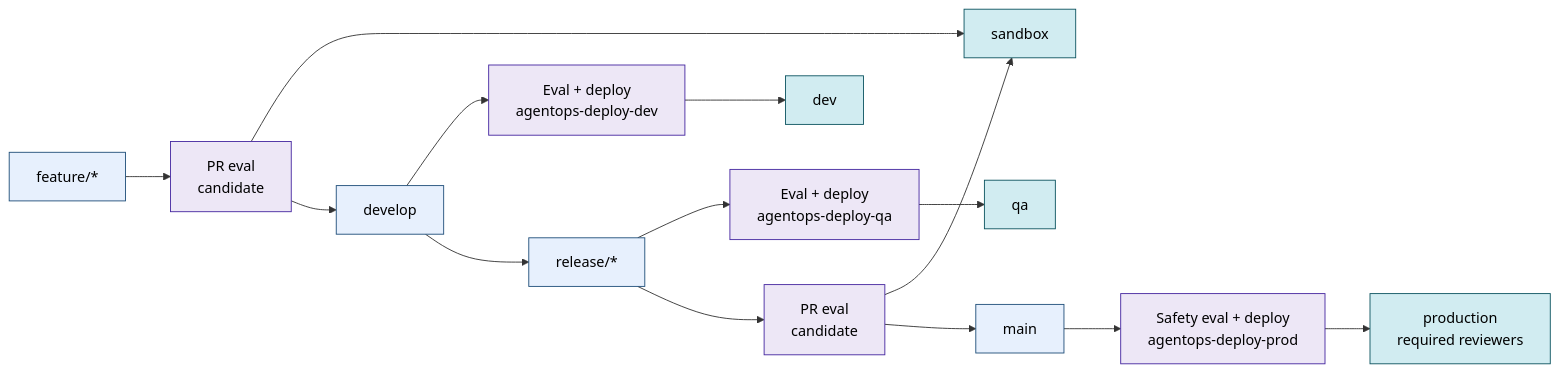
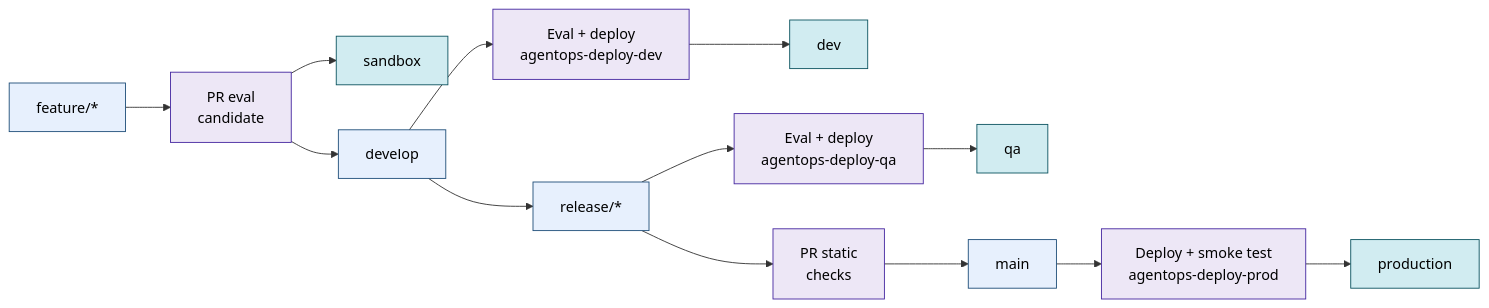
Before and after one commit to Azure/agentops: the diagram in docs/ci-github-actions.md, drawn with Mermaid. The commit also changed other lines of this file and 1 other file, not shown here.

Commit message:
Clarify production release flow

````diff
--- a/docs/ci-github-actions.md
+++ b/docs/ci-github-actions.md
@@ -33,25 +33,24 @@
 ```mermaid
 flowchart LR
     feature["feature/*"] --> prDev["PR eval<br/>candidate"]
     prDev --> sandbox["sandbox"]
     prDev --> develop["develop"]
     develop --> devDeploy["Eval + deploy<br/>agentops-deploy-dev"]
     devDeploy --> devEnv["dev"]
 
     develop --> release["release/*"]
     release --> qaDeploy["Eval + deploy<br/>agentops-deploy-qa"]
     qaDeploy --> qaEnv["qa"]
 
-    release --> prProd["PR eval<br/>candidate"]
-    prProd --> sandbox
+    release --> prProd["PR static<br/>checks"]
     prProd --> main["main"]
-    main --> prodDeploy["Safety eval + deploy<br/>agentops-deploy-prod"]
-    prodDeploy --> prodEnv["production<br/>required reviewers"]
+    main --> prodDeploy["Deploy + smoke test<br/>agentops-deploy-prod"]
+    prodDeploy --> prodEnv["production"]
 
     classDef branch fill:#e7f0fd,stroke:#1f4e79,color:#000;
     classDef pipeline fill:#ede7f6,stroke:#4527a0,color:#000;
     classDef env fill:#d1ecf1,stroke:#0c5460,color:#000;
     class feature,develop,release,main branch;
     class prDev,devDeploy,qaDeploy,prProd,prodDeploy pipeline;
     class sandbox,devEnv,qaEnv,prodEnv env;
 ```
````
